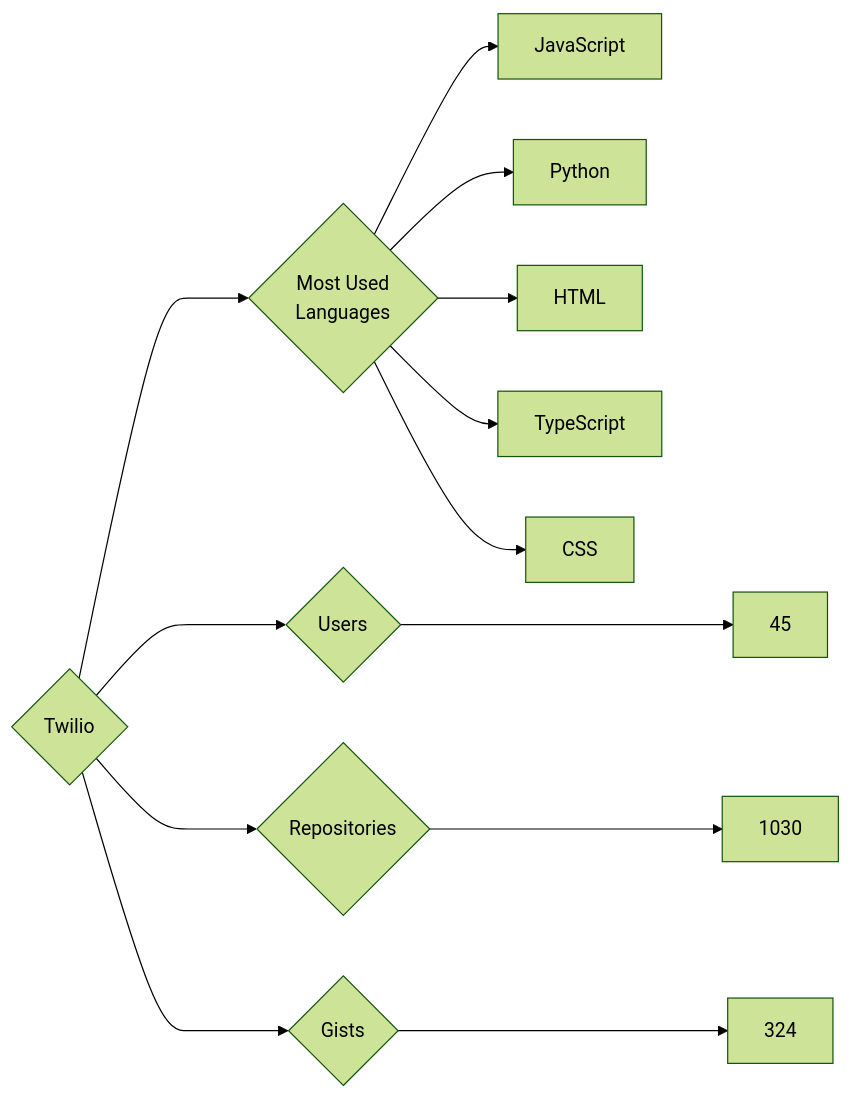
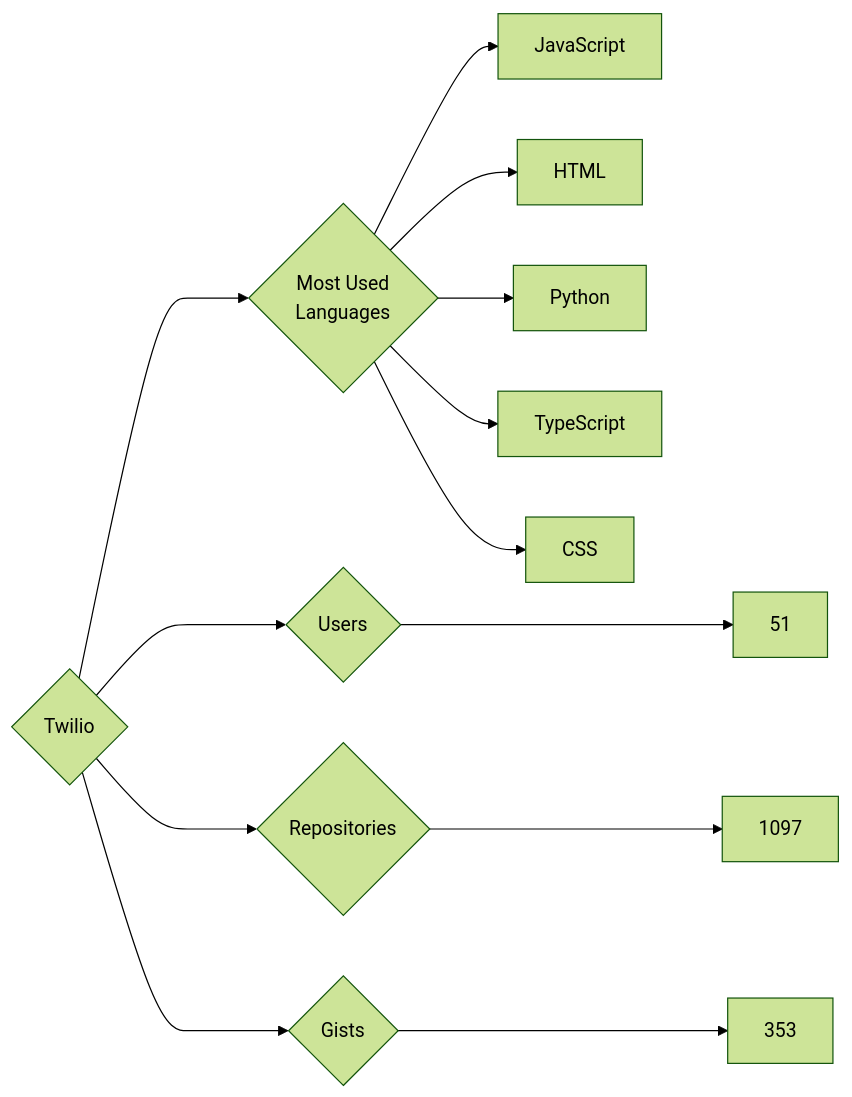
The diagram in targets/Twilio/README.md (trickest/insiders), drawn with Mermaid (forest theme) before and after one commit. The commit also changed 903 other files, not shown here.

````diff
--- a/targets/Twilio/README.md
+++ b/targets/Twilio/README.md
@@ -3,13 +3,13 @@
 ```mermaid
 graph LR
 COMPANY_NAME{Twilio}
-COMPANY_NAME ---> U{Users} ---> UN[45]
-COMPANY_NAME ---> R{Repositories} ---> RN[1030]
-COMPANY_NAME ---> G{Gists} ---> GN[324]
+COMPANY_NAME ---> U{Users} ---> UN[51]
+COMPANY_NAME ---> R{Repositories} ---> RN[1097]
+COMPANY_NAME ---> G{Gists} ---> GN[353]
 COMPANY_NAME ---> ML{Most Used<br>Languages}
 ML --> JavaScript[JavaScript]
+ML --> HTML[HTML]
 ML --> Python[Python]
-ML --> HTML[HTML]
 ML --> TypeScript[TypeScript]
 ML --> CSS[CSS]
 ```
````
